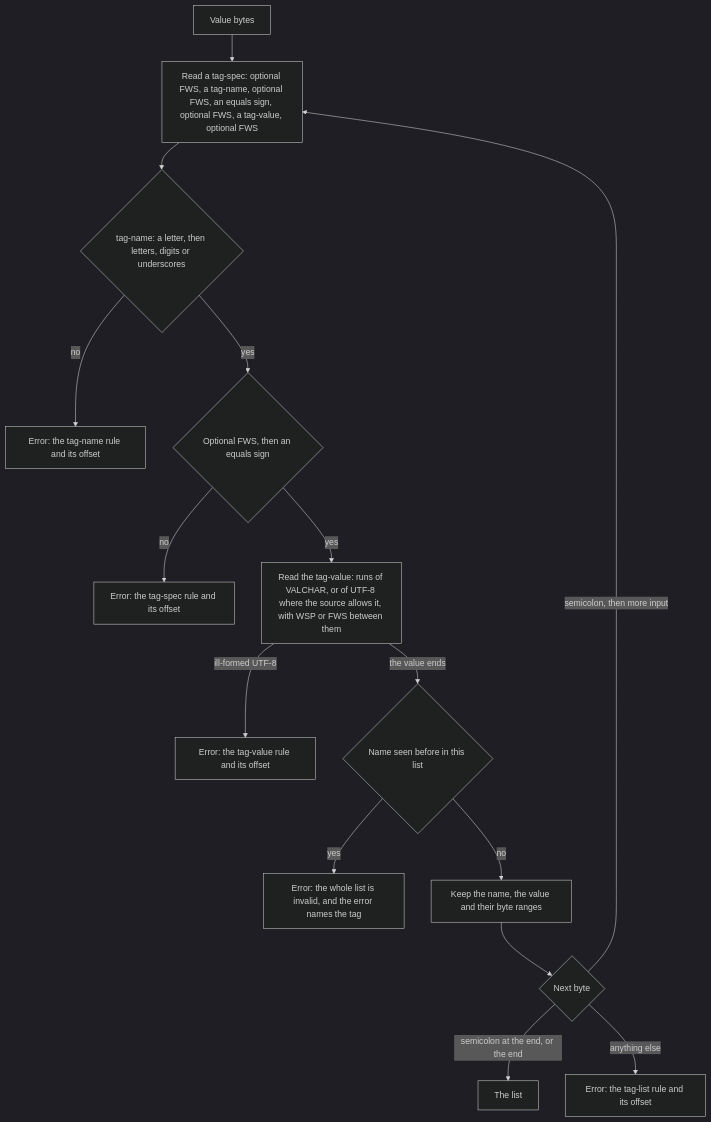
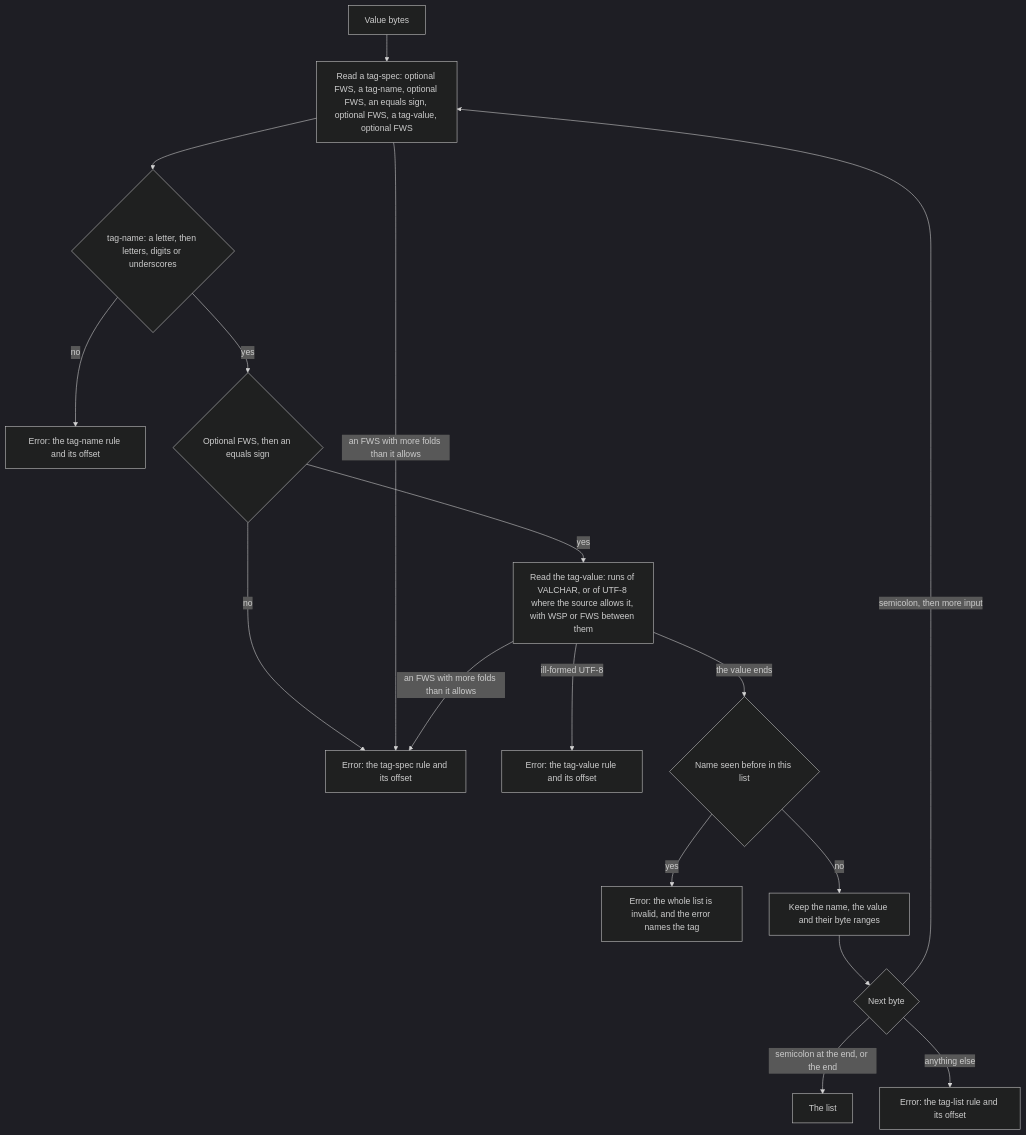
One commit to photom/hallmark changed the diagram in docs/reference/design/tag-lists.md. Above: the diagram before and after it, drawn with Mermaid (dark theme). The commit also changed other lines of this file, not shown here.

First line of the commit message:
Name every tag-spec error in the tag-list design

````diff
--- a/docs/reference/design/tag-lists.md
+++ b/docs/reference/design/tag-lists.md
@@ -29,17 +29,19 @@
 ```mermaid
 flowchart TD
     start["Value bytes"] --> spec["Read a tag-spec: optional FWS, a tag-name, optional FWS, an equals sign, optional FWS, a tag-value, optional FWS"]
     spec --> name{"tag-name: a letter, then letters, digits or underscores"}
     name -->|"no"| bad["Error: the tag-name rule and its offset"]
     name -->|"yes"| equals{"Optional FWS, then an equals sign"}
     equals -->|"no"| bads["Error: the tag-spec rule and its offset"]
+    spec -->|"an FWS with more folds than it allows"| bads
     equals -->|"yes"| value["Read the tag-value: runs of VALCHAR, or of UTF-8 where the source allows it, with WSP or FWS between them"]
+    value -->|"an FWS with more folds than it allows"| bads
     value -->|"ill-formed UTF-8"| badv["Error: the tag-value rule and its offset"]
     value -->|"the value ends"| dup{"Name seen before in this list"}
     dup -->|"yes"| badd["Error: the whole list is invalid, and the error names the tag"]
     dup -->|"no"| keep["Keep the name, the value and their byte ranges"]
     keep --> next{"Next byte"}
     next -->|"semicolon, then more input"| spec
     next -->|"semicolon at the end, or the end"| done["The list"]
     next -->|"anything else"| badt["Error: the tag-list rule and its offset"]
 ```
````
